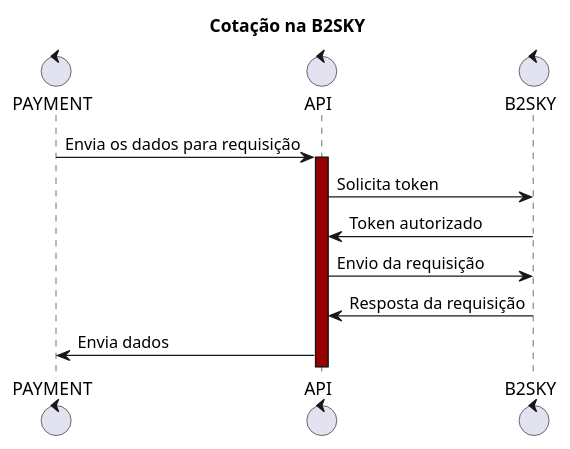
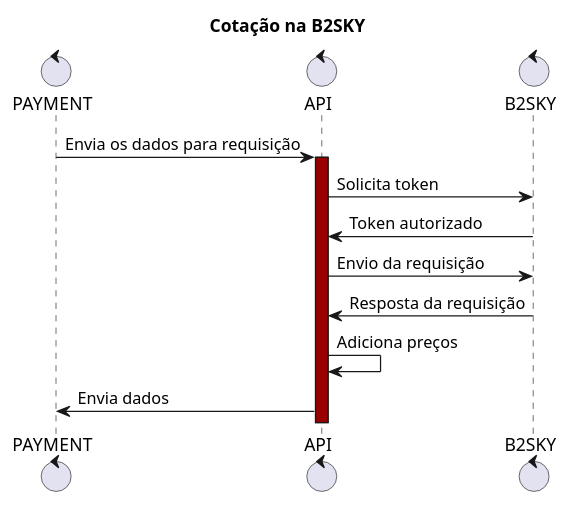
Before and after one commit to ReynaldoAnalista/miniapp-ame-seguro-residencial-api: the diagram in diagrams/seguro_pet/cotacao.puml, drawn with PlantUML.

Commit message:
Alteração no diagrama

```diff
--- a/diagrams/seguro_pet/cotacao.puml
+++ b/diagrams/seguro_pet/cotacao.puml
@@ -1,18 +1,19 @@
 @startuml envio_proposta
 
 title "Cotação na B2SKY"
 
 control PAYMENT
 control API
 control B2SKY
 
 PAYMENT -> API : Envia os dados para requisição
 activate API #900
 
 API -> B2SKY : Solicita token
 B2SKY -> API: Token autorizado
 
 API -> B2SKY: Envio da requisição
 B2SKY -> API: Resposta da requisição
+API -> API: Adiciona preços
 API -> PAYMENT: Envia dados
 @enduml
```
